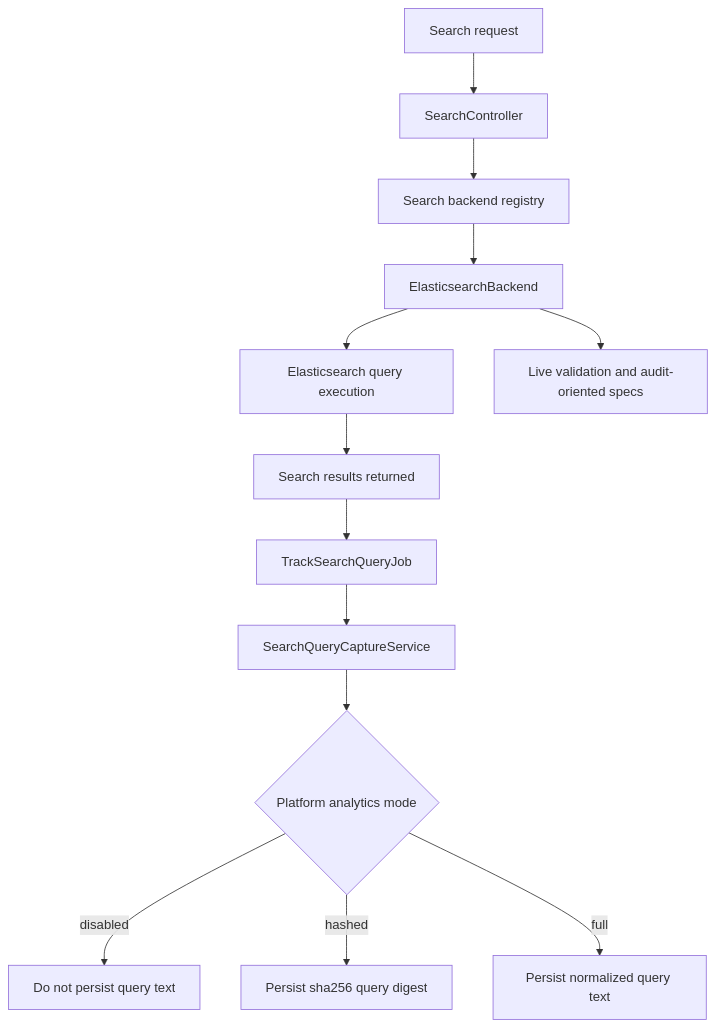
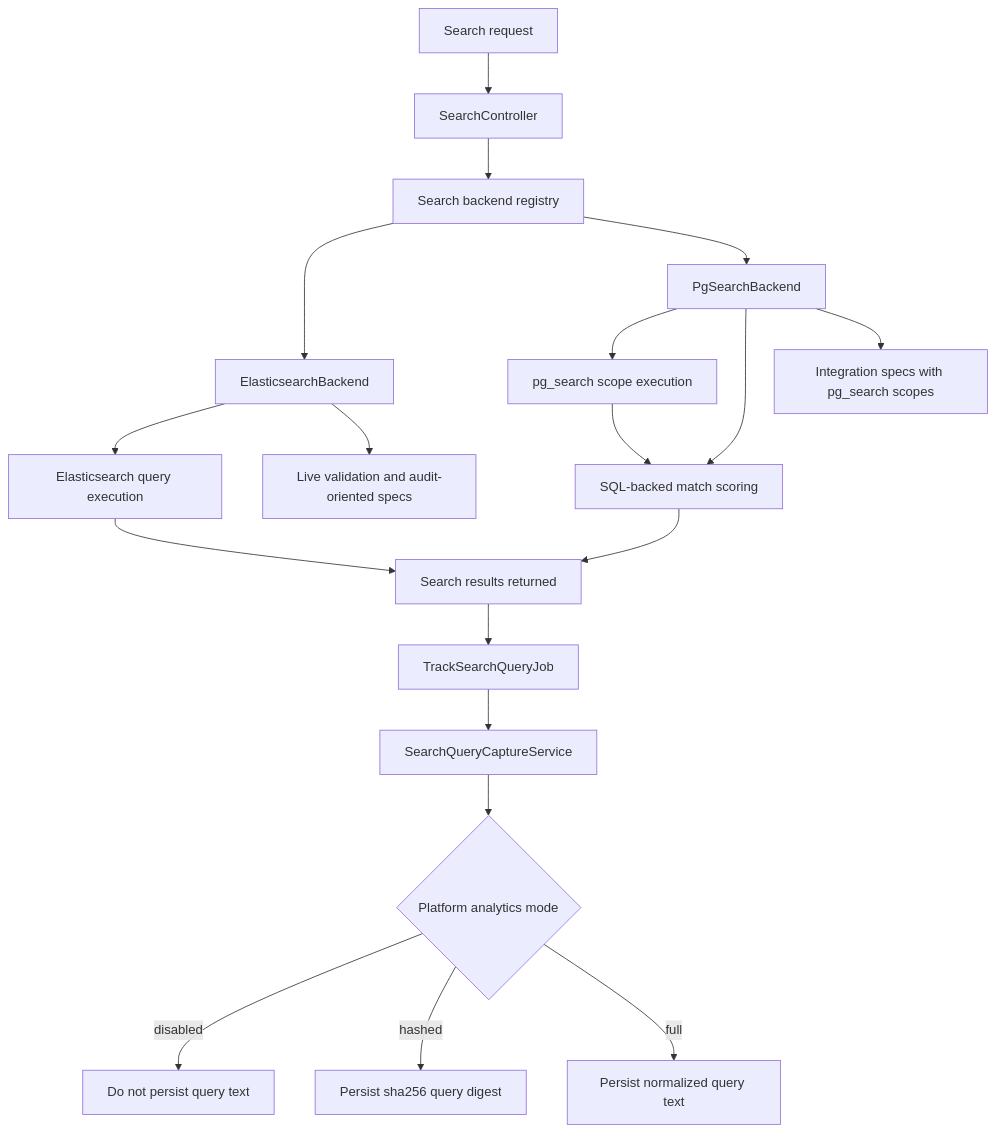
The diagram in docs/diagrams/source/release_0_11_0_search_validation_flow.mmd (better-together-org/community-engine-rails), drawn with Mermaid before and after one commit. The commit also changed 14 other files, not shown here.

First line of the commit message:
fix(content/docs): restore block partial locals contracts; add PgSearch to search validation diagram

```diff
--- a/docs/diagrams/source/release_0_11_0_search_validation_flow.mmd
+++ b/docs/diagrams/source/release_0_11_0_search_validation_flow.mmd
@@ -1,13 +1,19 @@
 flowchart TD
     A[Search request] --> B[SearchController]
     B --> C[Search backend registry]
     C --> D[ElasticsearchBackend]
+    C --> P[PgSearchBackend]
     D --> E[Elasticsearch query execution]
+    P --> Q[pg_search scope execution]
+    P --> R[SQL-backed match scoring]
+    Q --> R
     E --> F[Search results returned]
+    R --> F
     F --> G[TrackSearchQueryJob]
     G --> H[SearchQueryCaptureService]
     H --> I{Platform analytics mode}
     I -- disabled --> J[Do not persist query text]
     I -- hashed --> K[Persist sha256 query digest]
     I -- full --> L[Persist normalized query text]
     D --> M[Live validation and audit-oriented specs]
+    P --> N[Integration specs with pg_search scopes]
```
